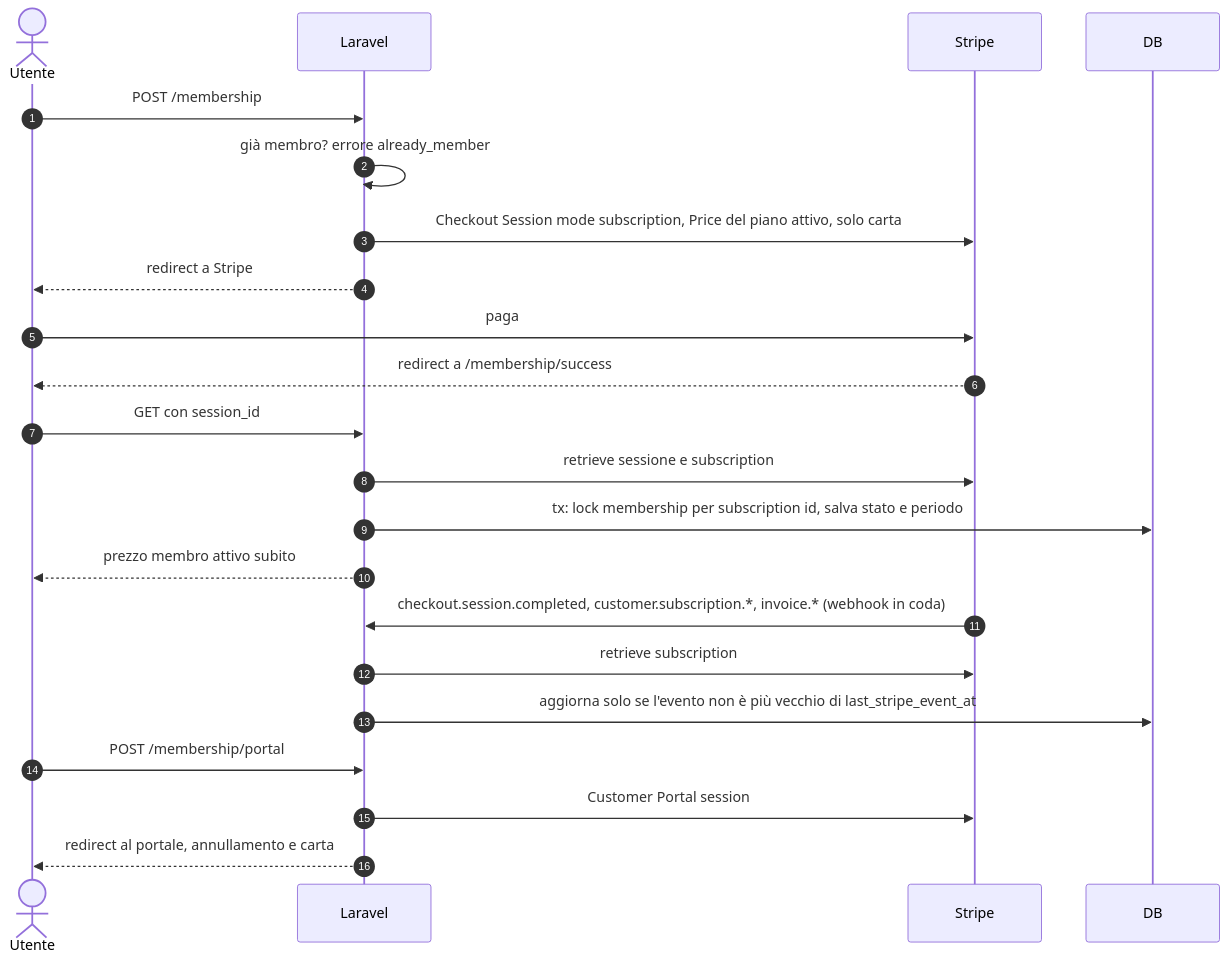
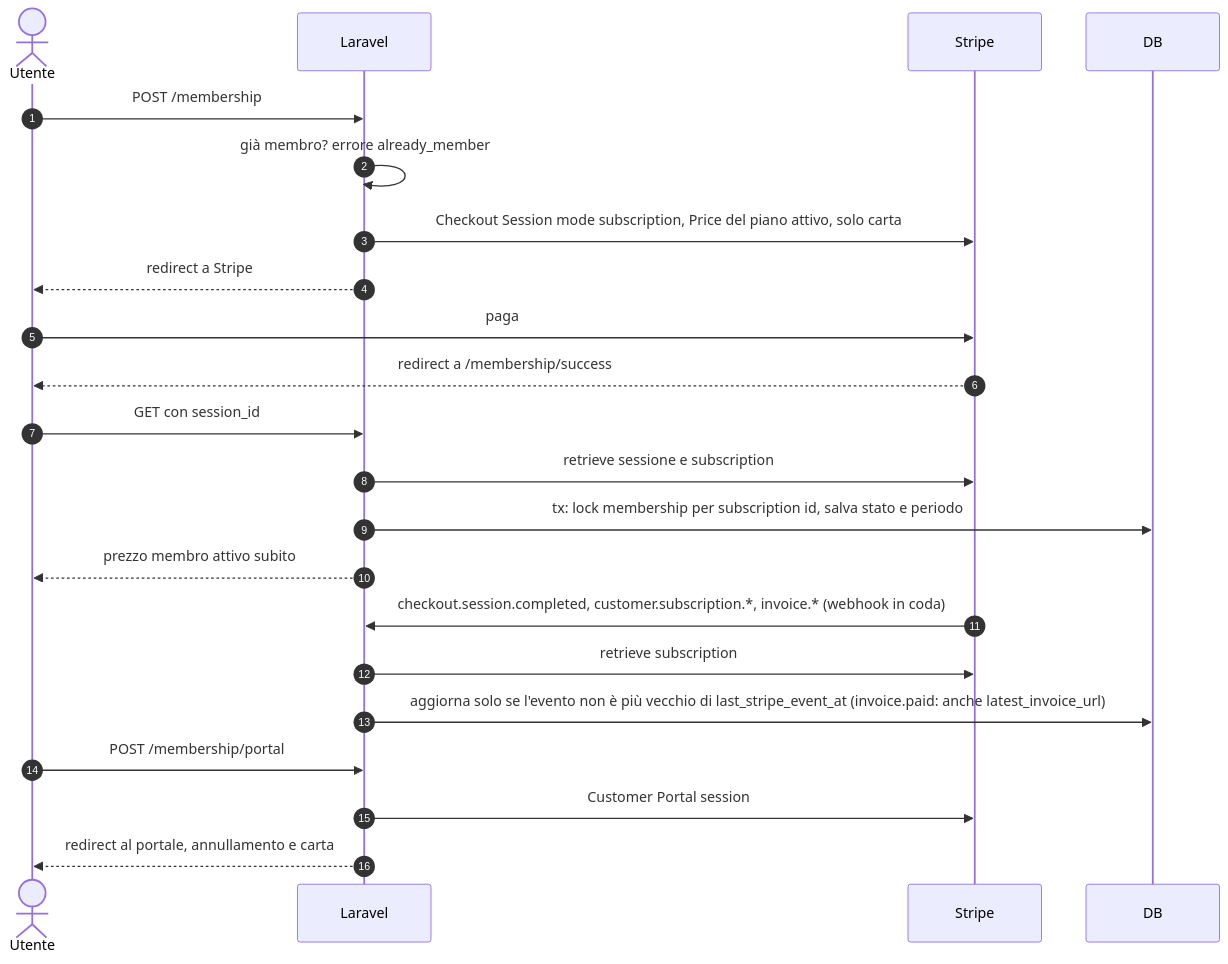
One commit to julioojospintados/stripe-eventals changed the fifth of 8 diagrams in docs/tecnico/flussi.md. Above: the diagram before and after it, drawn with Mermaid. The commit also changed other lines of this file and 53 other files, not shown here.

````diff
--- a/docs/tecnico/flussi.md
+++ b/docs/tecnico/flussi.md
@@ -165,24 +167,24 @@
 ```mermaid
 sequenceDiagram
     autonumber
     actor U as Utente
     participant App as Laravel
     participant S as Stripe
     participant DB
     U->>App: POST /membership
     App->>App: già membro? errore already_member
     App->>S: Checkout Session mode subscription, Price del piano attivo, solo carta
     App-->>U: redirect a Stripe
     U->>S: paga
     S-->>U: redirect a /membership/success
     U->>App: GET con session_id
     App->>S: retrieve sessione e subscription
     App->>DB: tx: lock membership per subscription id, salva stato e periodo
     App-->>U: prezzo membro attivo subito
     S->>App: checkout.session.completed, customer.subscription.*, invoice.* (webhook in coda)
     App->>S: retrieve subscription
-    App->>DB: aggiorna solo se l'evento non è più vecchio di last_stripe_event_at
+    App->>DB: aggiorna solo se l'evento non è più vecchio di last_stripe_event_at (invoice.paid: anche latest_invoice_url)
     U->>App: POST /membership/portal
     App->>S: Customer Portal session
     App-->>U: redirect al portale, annullamento e carta
 ```
````
